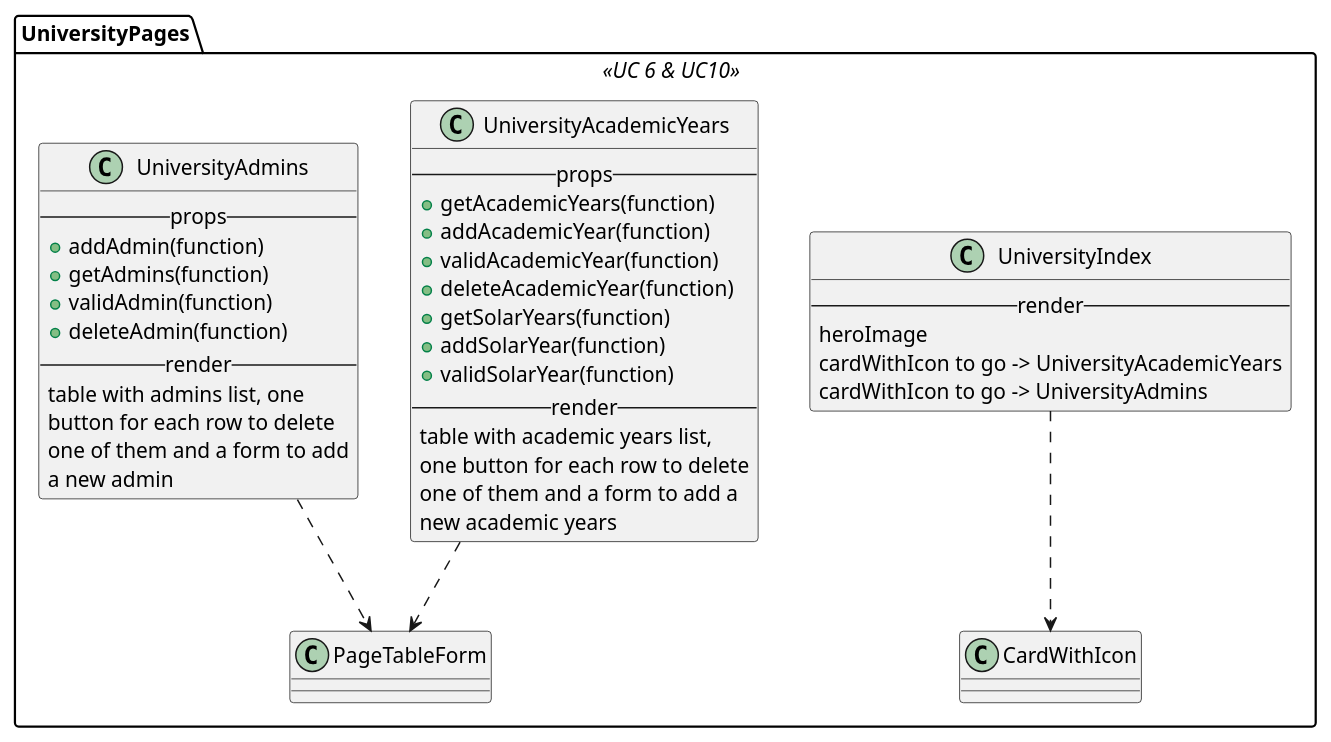
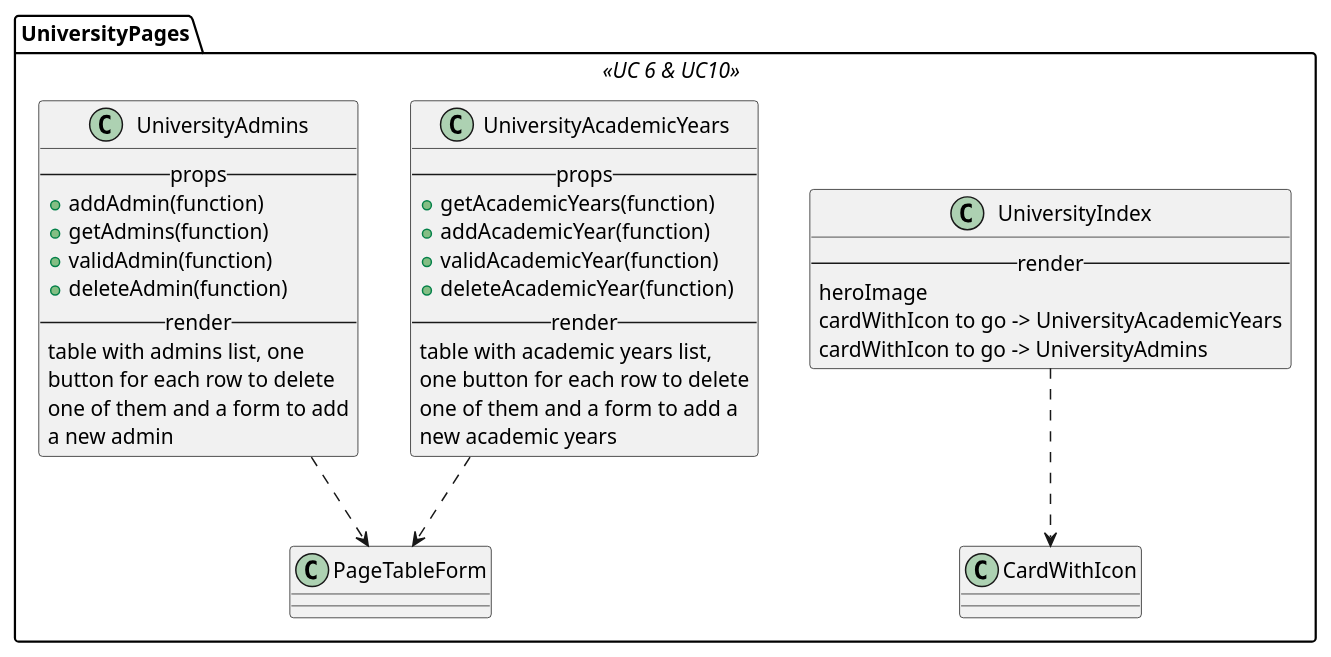
Before and after one commit to M9k/Marvin-Uml: the diagram in react/university/index.iuml, drawn with PlantUML.

Commit message:
Eliminati anni solari in University

```diff
--- a/react/university/index.iuml
+++ b/react/university/index.iuml
@@ -1,44 +1,41 @@
 package UniversityPages <<UC 6 & UC10>> {
 
 class UniversityIndex {
     --render--
         heroImage
         cardWithIcon to go -> UniversityAcademicYears
         cardWithIcon to go -> UniversityAdmins
 }
 UniversityIndex ..> CardWithIcon
 
 class UniversityAcademicYears {
     --props--
         + getAcademicYears(function)
         + addAcademicYear(function)
         + validAcademicYear(function)
         + deleteAcademicYear(function)
-        + getSolarYears(function)
-        + addSolarYear(function)
-        + validSolarYear(function)
     --render--
     table with academic years list,
      one button for each row to delete
      one of them and a form to add a
      new academic years
 }
 UniversityAcademicYears ..> PageTableForm
 
 
 class UniversityAdmins {
     --props--
         + addAdmin(function)
         + getAdmins(function)
         + validAdmin(function)
         + deleteAdmin(function)
     --render--
     table with admins list, one
     button for each row to delete
     one of them and a form to add
     a new admin
 }
 UniversityAdmins ..> PageTableForm
 
 
 }
```
